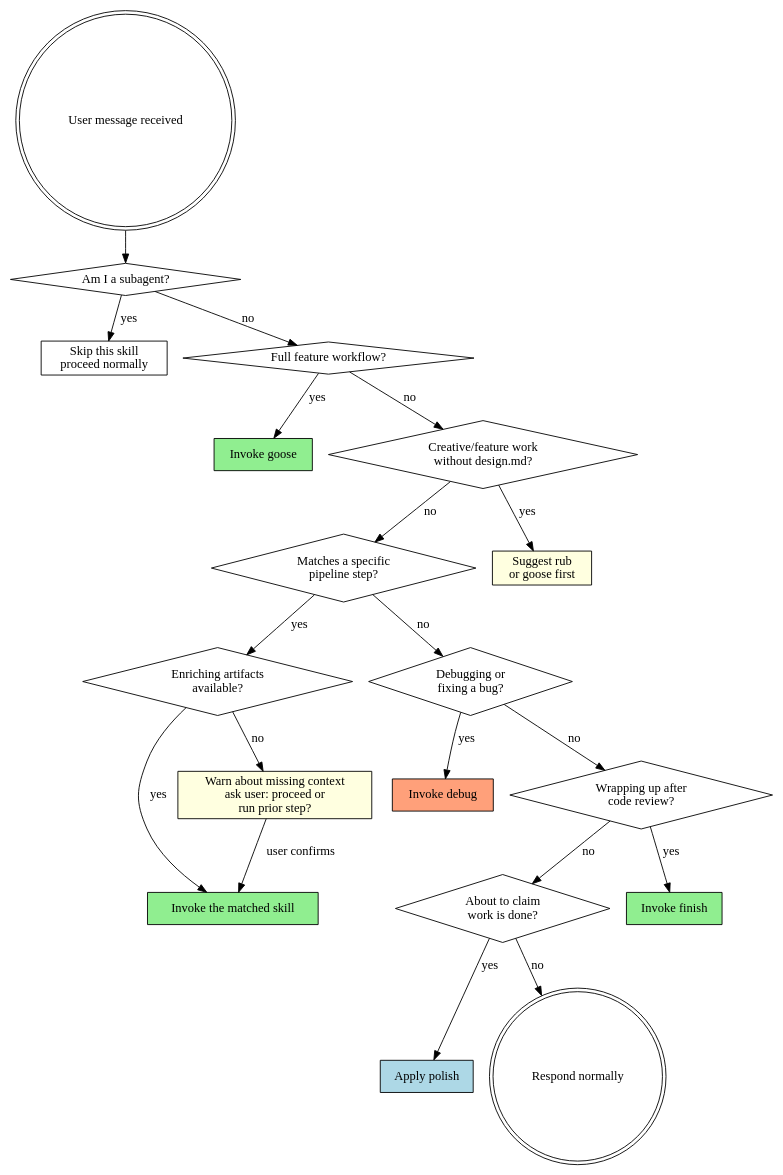
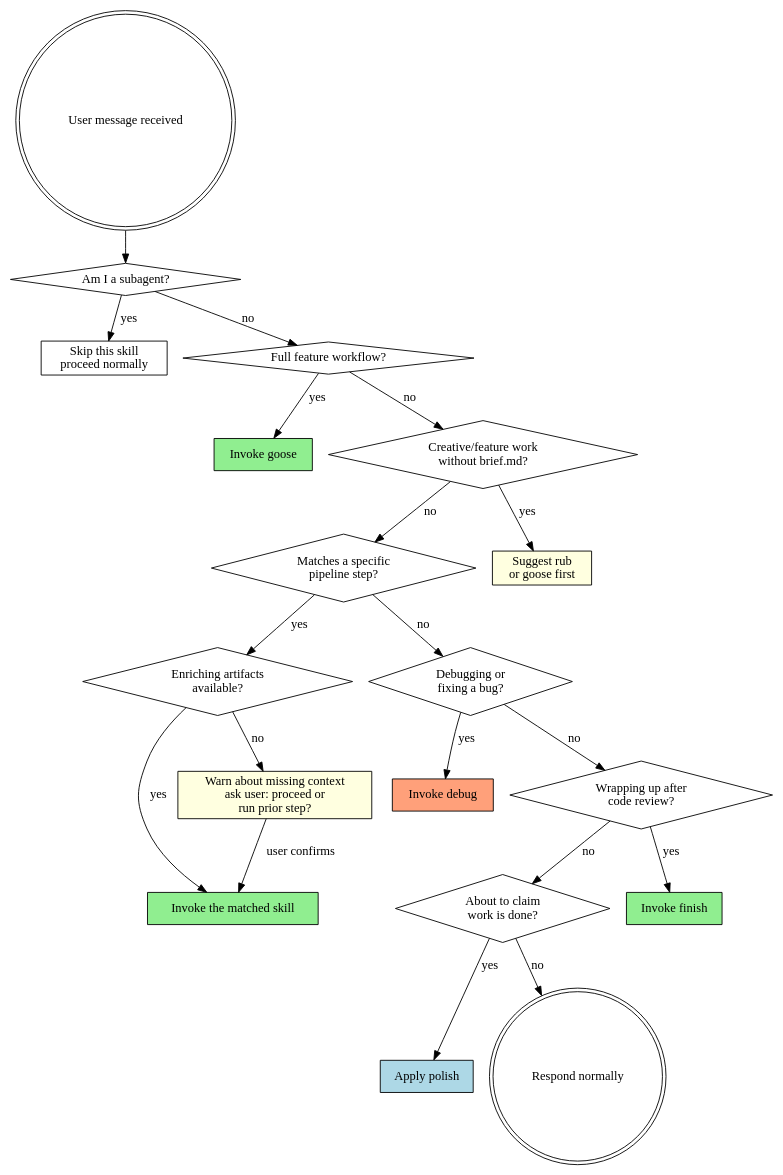
One commit to jhynsoo/genie-goose changed the diagram in plugin/skills/lamp/SKILL.md. Above: the diagram before and after it, drawn with Graphviz. The commit also changed other lines of this file and 9 other files, not shown here.

Commit message:
docs: rename design artifact to brief

````diff
--- a/plugin/skills/lamp/SKILL.md
+++ b/plugin/skills/lamp/SKILL.md
@@ -150,46 +150,46 @@
 ```dot
 digraph routing {
     rankdir=TB;
     node [shape=box];
 
     start [label="User message received" shape=doublecircle];
     is_subagent [label="Am I a subagent?" shape=diamond];
     skip [label="Skip this skill\nproceed normally" shape=box];
     full_pipeline [label="Full feature workflow?" shape=diamond];
     goose [label="Invoke goose" shape=box style=filled fillcolor=lightgreen];
     specific_step [label="Matches a specific\npipeline step?" shape=diamond];
     check_prereqs [label="Enriching artifacts\navailable?" shape=diamond];
     invoke_skill [label="Invoke the matched skill" shape=box style=filled fillcolor=lightgreen];
     warn_missing [label="Warn about missing context\nask user: proceed or\nrun prior step?" shape=box style=filled fillcolor=lightyellow];
     is_completing [label="About to claim\nwork is done?" shape=diamond];
     polish [label="Apply polish" shape=box style=filled fillcolor=lightblue];
     normal [label="Respond normally" shape=doublecircle];
 
     start -> is_subagent;
     is_subagent -> skip [label="yes"];
     is_subagent -> full_pipeline [label="no"];
-    needs_brainstorm [label="Creative/feature work\nwithout design.md?" shape=diamond];
+    needs_brainstorm [label="Creative/feature work\nwithout brief.md?" shape=diamond];
     suggest_rub [label="Suggest rub\nor goose first" shape=box style=filled fillcolor=lightyellow];
 
     full_pipeline -> goose [label="yes"];
     full_pipeline -> needs_brainstorm [label="no"];
     needs_brainstorm -> suggest_rub [label="yes"];
     needs_brainstorm -> specific_step [label="no"];
     is_debugging [label="Debugging or\nfixing a bug?" shape=diamond];
     debug [label="Invoke debug" shape=box style=filled fillcolor=lightsalmon];
     is_wrapping_up [label="Wrapping up after\ncode review?" shape=diamond];
     finish [label="Invoke finish" shape=box style=filled fillcolor=lightgreen];
 
     specific_step -> check_prereqs [label="yes"];
     specific_step -> is_debugging [label="no"];
     check_prereqs -> invoke_skill [label="yes"];
     check_prereqs -> warn_missing [label="no"];
     warn_missing -> invoke_skill [label="user confirms"];
     is_debugging -> debug [label="yes"];
     is_debugging -> is_wrapping_up [label="no"];
     is_wrapping_up -> finish [label="yes"];
     is_wrapping_up -> is_completing [label="no"];
     is_completing -> polish [label="yes"];
     is_completing -> normal [label="no"];
 }
 ```
````
